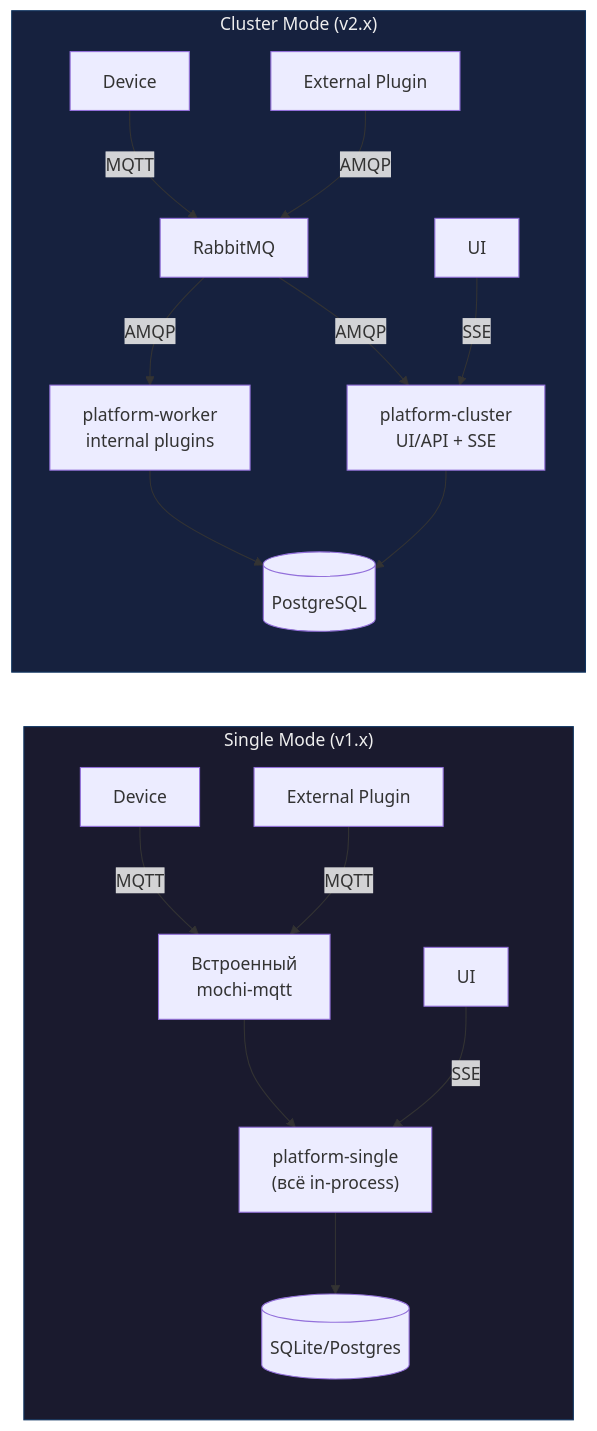
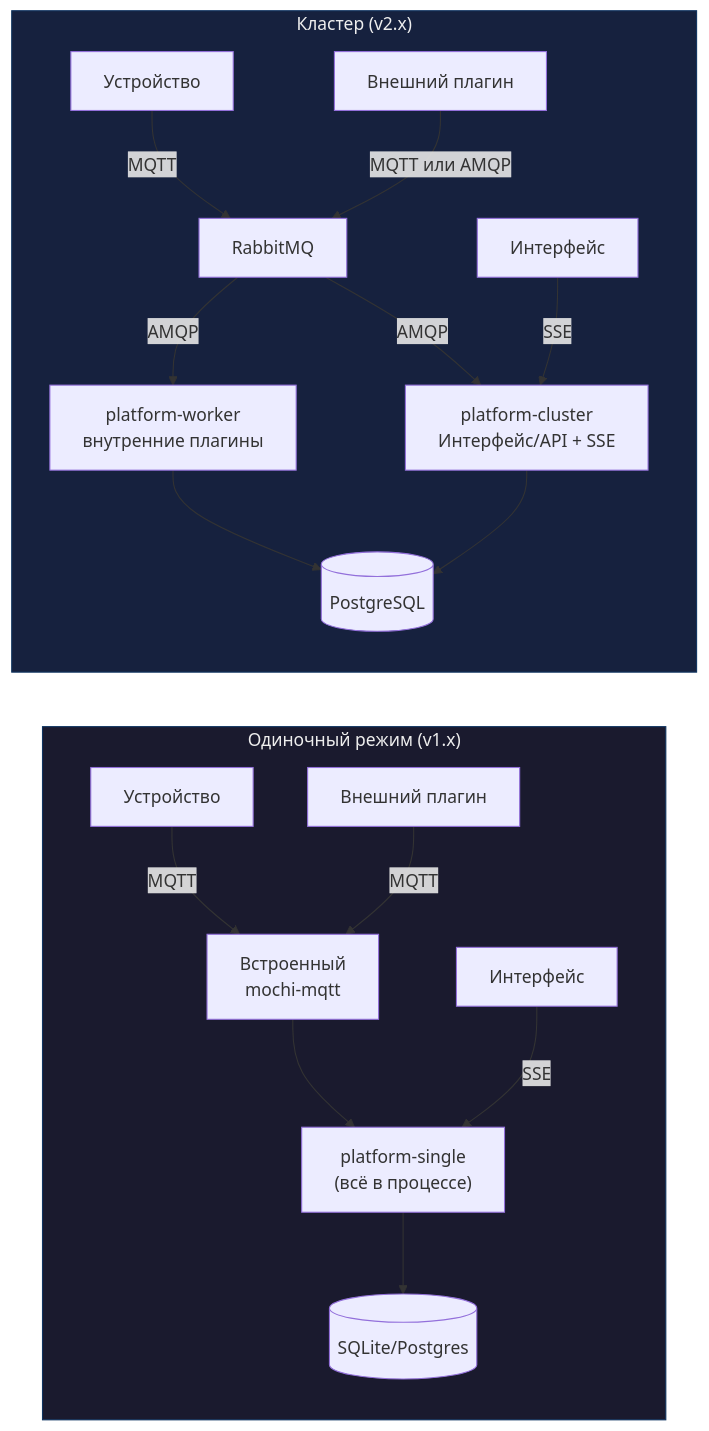
One commit to darvik80/iot-platform-go changed the second of 8 diagrams in docs/ru/17-ha-architecture.md. Above: the diagram before and after it, drawn with Mermaid. The commit also changed other lines of this file and 3 other files, not shown here.

````diff
--- a/docs/ru/17-ha-architecture.md
+++ b/docs/ru/17-ha-architecture.md
@@ -154,23 +150,23 @@
 ```mermaid
 graph LR
-    subgraph Single["Single Mode (v1.x)"]
-        S_DEV["Device"] -->|"MQTT"| S_BROKER["Встроенный<br/>mochi-mqtt"]
-        S_BROKER --> S_APP["platform-single<br/>(всё in-process)"]
+    subgraph Single["Одиночный режим (v1.x)"]
+        S_DEV["Устройство"] -->|"MQTT"| S_BROKER["Встроенный<br/>mochi-mqtt"]
+        S_BROKER --> S_APP["platform-single<br/>(всё в процессе)"]
         S_APP --> S_DB[("SQLite/Postgres")]
-        S_UI["UI"] -->|"SSE"| S_APP
-        S_EP["External Plugin"] -->|"MQTT"| S_BROKER
+        S_UI["Интерфейс"] -->|"SSE"| S_APP
+        S_EP["Внешний плагин"] -->|"MQTT"| S_BROKER
     end
 
-    subgraph Cluster["Cluster Mode (v2.x)"]
-        C_DEV["Device"] -->|"MQTT"| C_MQ["RabbitMQ"]
-        C_MQ -->|"AMQP"| C_CI["platform-cluster<br/>UI/API + SSE"]
-        C_MQ -->|"AMQP"| C_W["platform-worker<br/>internal plugins"]
+    subgraph Cluster["Кластер (v2.x)"]
+        C_DEV["Устройство"] -->|"MQTT"| C_MQ["RabbitMQ"]
+        C_MQ -->|"AMQP"| C_CI["platform-cluster<br/>Интерфейс/API + SSE"]
+        C_MQ -->|"AMQP"| C_W["platform-worker<br/>внутренние плагины"]
         C_CI --> C_PG[("PostgreSQL")]
         C_W --> C_PG
-        C_UI["UI"] -->|"SSE"| C_CI
-        C_EP["External Plugin"] -->|"AMQP"| C_MQ
+        C_UI["Интерфейс"] -->|"SSE"| C_CI
+        C_EP["Внешний плагин"] -->|"MQTT или AMQP"| C_MQ
     end
 
     style Single fill:#1a1a2e,stroke:#0f3460,color:#eee
     style Cluster fill:#16213e,stroke:#0f3460,color:#eee
 ```
````
